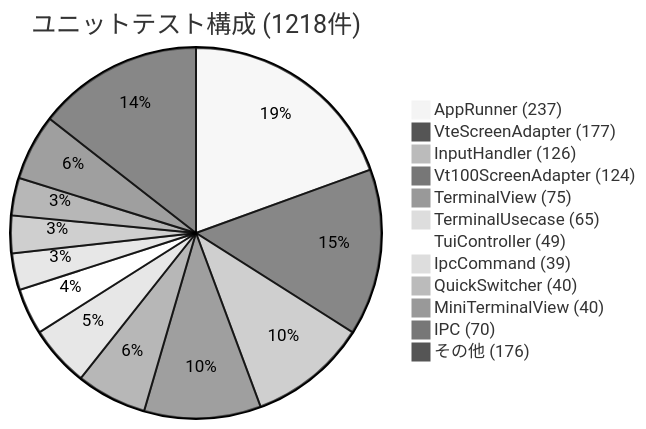
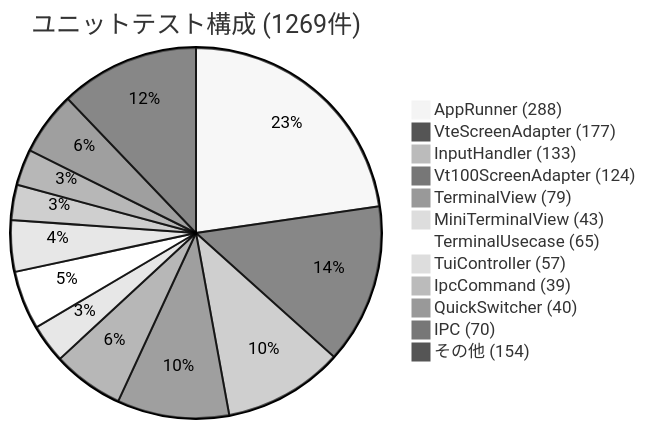
Before and after one commit to Kobayashi-takumi/cli-manager: the sixth of 6 diagrams in README.md, drawn with Mermaid (neutral theme). The commit also changed other lines of this file and 6 other files, not shown here.

````diff
--- a/README.md
+++ b/README.md
@@ -604,15 +614,15 @@
 ```mermaid
-pie title ユニットテスト構成 (1218件)
-    "AppRunner (237)" : 237
+pie title ユニットテスト構成 (1269件)
+    "AppRunner (288)" : 288
     "VteScreenAdapter (177)" : 177
-    "InputHandler (126)" : 126
+    "InputHandler (133)" : 133
     "Vt100ScreenAdapter (124)" : 124
-    "TerminalView (75)" : 75
+    "TerminalView (79)" : 79
+    "MiniTerminalView (43)" : 43
     "TerminalUsecase (65)" : 65
-    "TuiController (49)" : 49
+    "TuiController (57)" : 57
     "IpcCommand (39)" : 39
     "QuickSwitcher (40)" : 40
-    "MiniTerminalView (40)" : 40
     "IPC (70)" : 70
-    "その他 (176)" : 176
+    "その他 (154)" : 154
 ```
````
